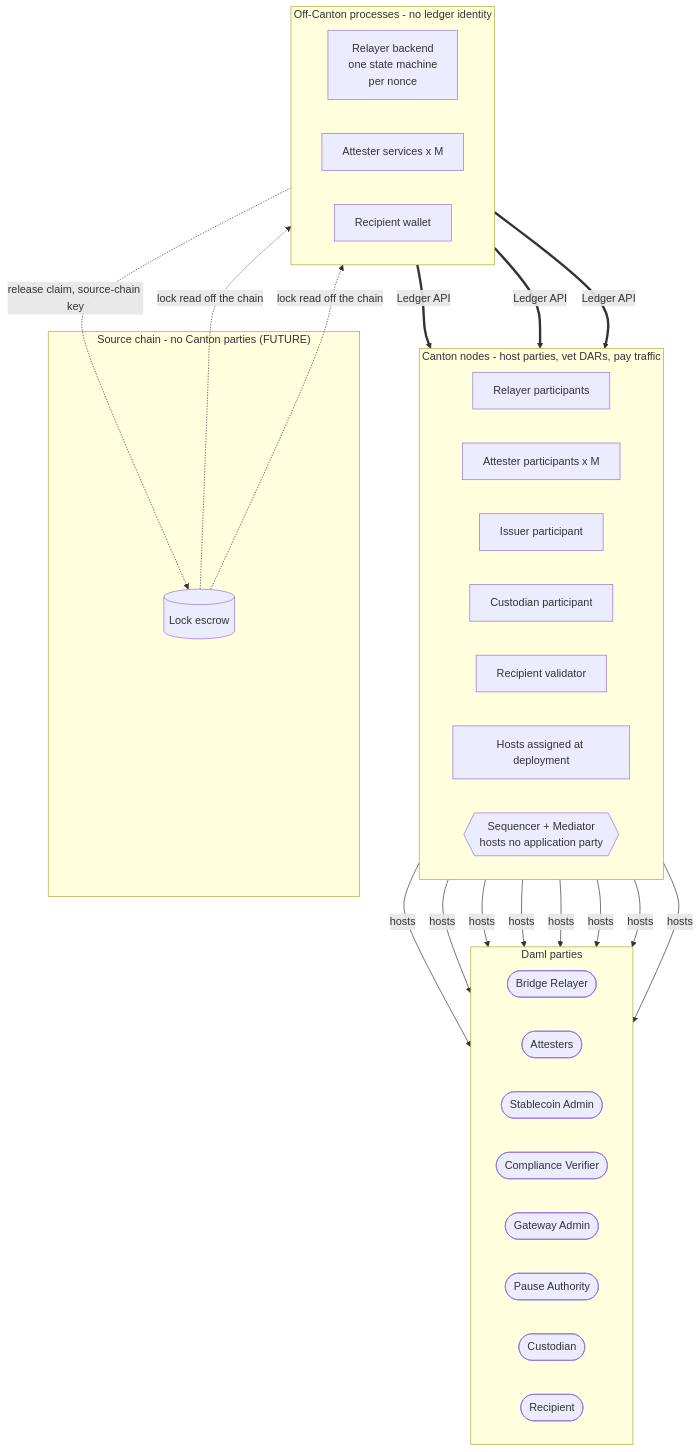
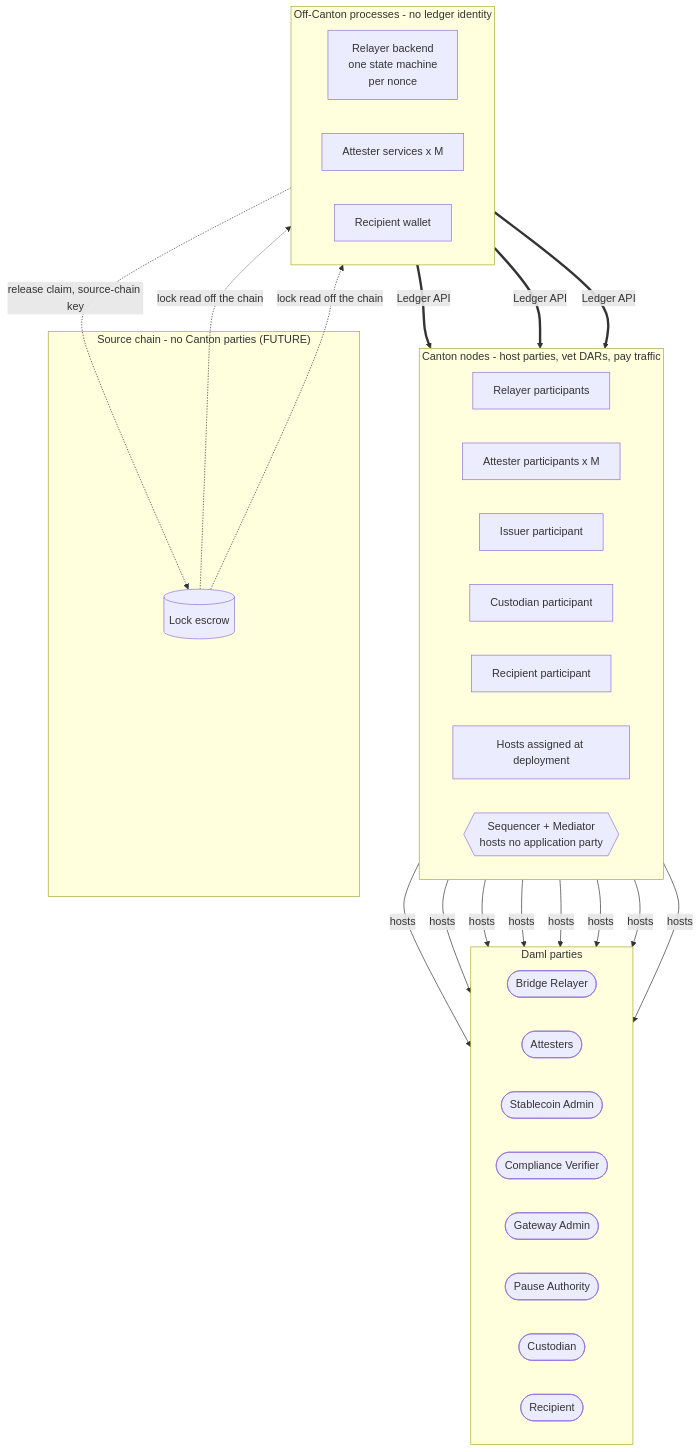
One commit to OpenZeppelin/canton-specs changed the first of 6 diagrams in docs/reference-architectures/cross-chain-stablecoin.md. Above: the diagram before and after it, drawn with Mermaid. The commit also changed other lines of this file, not shown here.

First line of the commit message:
use participant for hosting and validator for traffic

````diff
--- a/docs/reference-architectures/cross-chain-stablecoin.md
+++ b/docs/reference-architectures/cross-chain-stablecoin.md
@@ -164,53 +165,53 @@
 ```mermaid
 flowchart TB
     subgraph Ext["Source chain - no Canton parties (FUTURE)"]
         Escrow[("Lock escrow")]
     end
 
     subgraph Proc["Off-Canton processes - no ledger identity"]
         direction LR
         RelaySvc["Relayer backend<br/>one state machine<br/>per nonce"]
         AttSvc["Attester services x M"]
         Wallet["Recipient wallet"]
     end
 
     subgraph Nodes["Canton nodes - host parties, vet DARs, pay traffic"]
         direction LR
         PRel["Relayer participants"]
         PAtt["Attester participants x M"]
         PIss["Issuer participant"]
         PCus["Custodian participant"]
-        PRec["Recipient validator"]
+        PRec["Recipient participant"]
         PDep["Hosts assigned at deployment"]
         Sync{{"Sequencer + Mediator<br/>hosts no application party"}}
     end
 
     subgraph Parties["Daml parties"]
         direction LR
         PtyRel([Bridge Relayer])
         PtyAtt([Attesters])
         PtyAdm([Stablecoin Admin])
         PtyCV([Compliance Verifier])
         PtyGW([Gateway Admin])
         PtyPause([Pause Authority])
         PtyCus([Custodian])
         PtyRec([Recipient])
     end
 
     Escrow -.->|"lock read off the chain"| RelaySvc
     Escrow -.->|"lock read off the chain"| AttSvc
     RelaySvc -.->|"release claim, source-chain key"| Escrow
 
     RelaySvc ==>|"Ledger API"| PRel
     AttSvc ==>|"Ledger API"| PAtt
     Wallet ==>|"Ledger API"| PRec
 
     PRel -->|hosts| PtyRel
     PAtt -->|hosts| PtyAtt
     PIss -->|hosts| PtyAdm
     PIss -->|hosts| PtyCV
     PCus -->|hosts| PtyCus
     PRec -->|hosts| PtyRec
     PDep -->|hosts| PtyGW
     PDep -->|hosts| PtyPause
 ```
````
